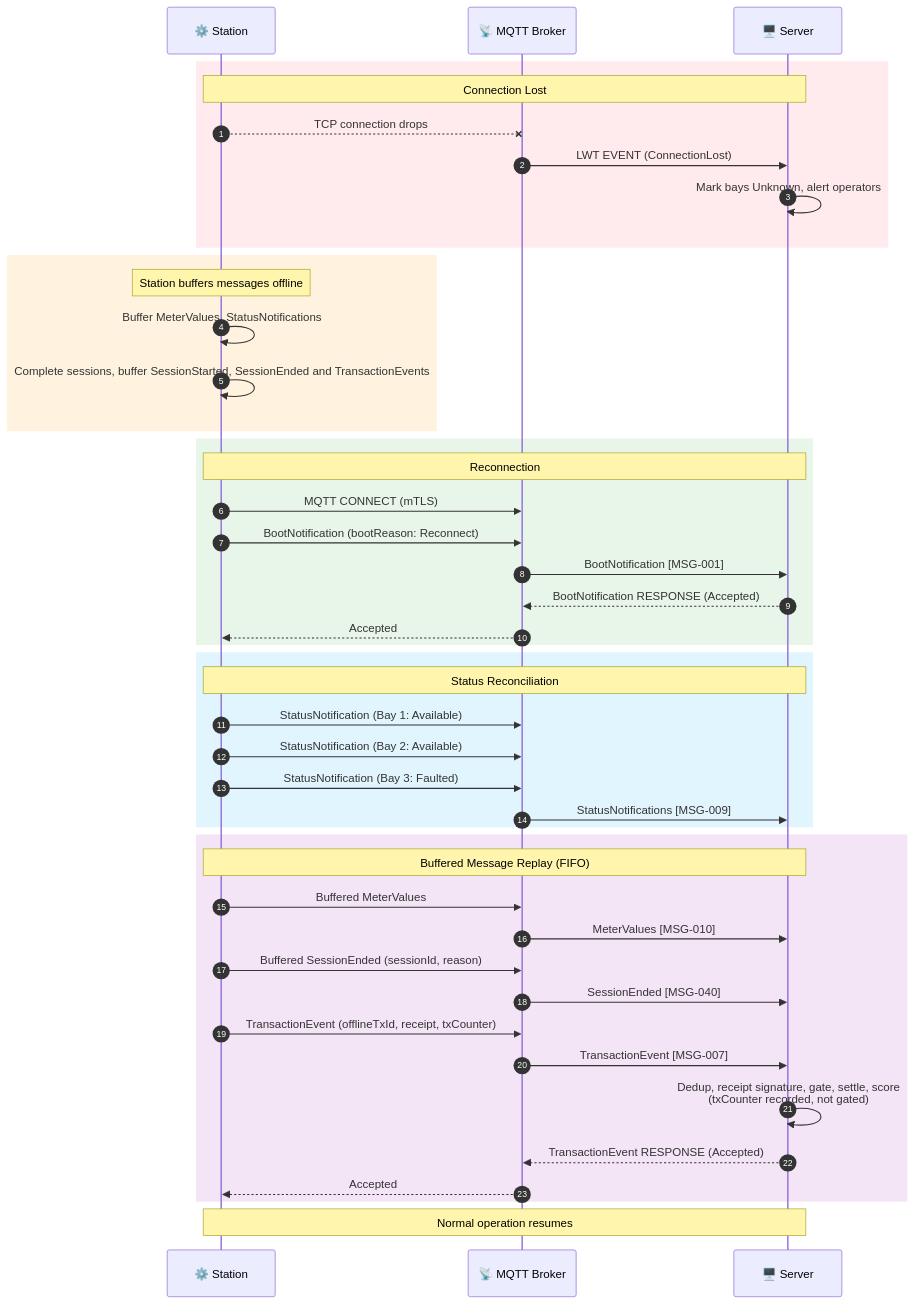
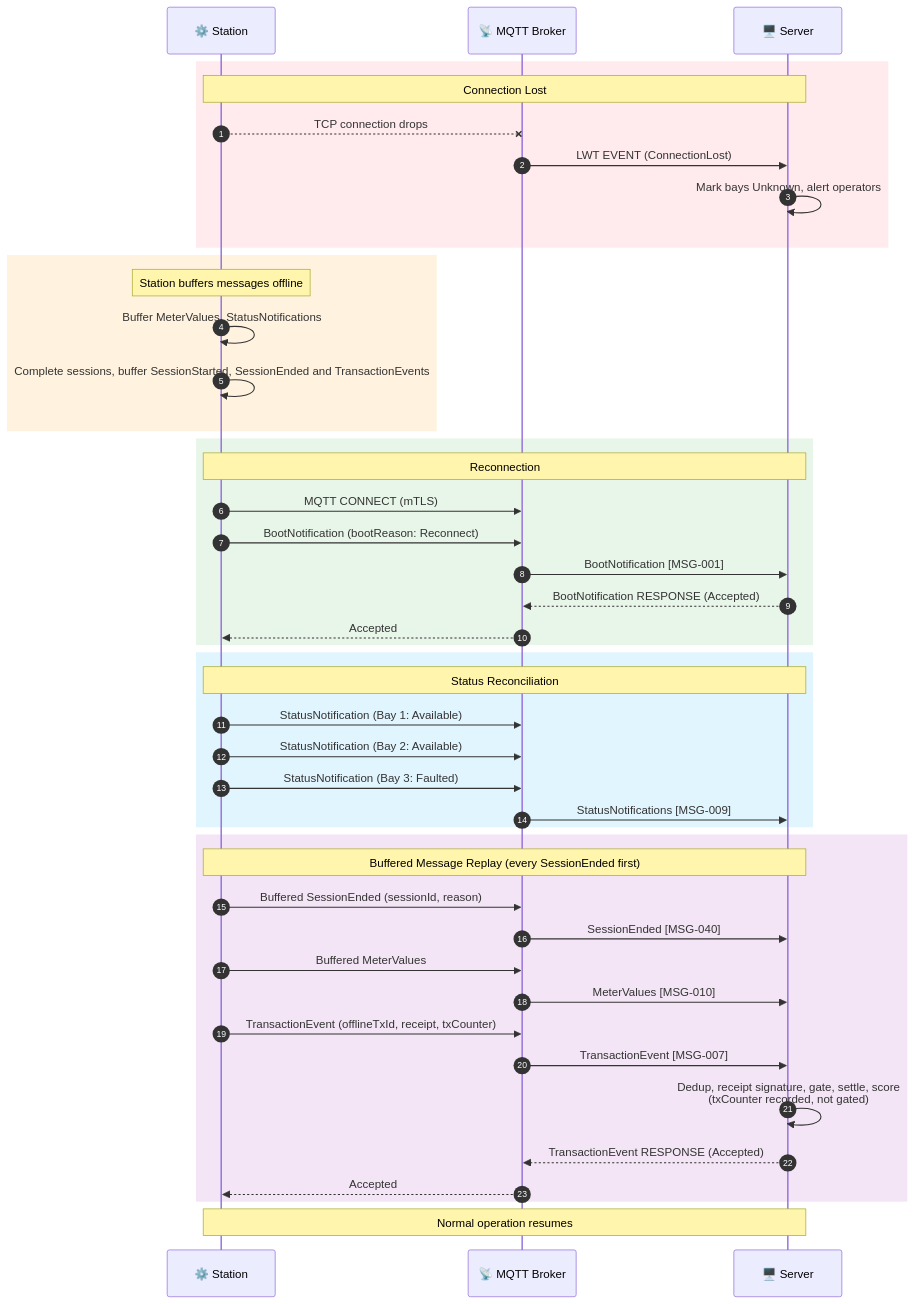
One commit to ospp-org/spec changed the seventh of 7 diagrams in diagrams/README.md. Above: the diagram before and after it, drawn with Mermaid. The commit also changed other lines of this file and 15 other files, not shown here.

````diff
--- a/diagrams/README.md
+++ b/diagrams/README.md
@@ -308,53 +308,53 @@
 ```mermaid
 sequenceDiagram
     autonumber
 
     participant Station as ⚙️ Station
     participant Broker as 📡 MQTT Broker
     participant Server as 🖥️ Server
 
     rect rgb(255, 235, 238)
         Note over Station,Server: Connection Lost
         Station--xBroker: TCP connection drops
         Broker->>Server: LWT EVENT (ConnectionLost)
         Server->>Server: Mark bays Unknown, alert operators
     end
 
     rect rgb(255, 243, 224)
         Note over Station: Station buffers messages offline
         Station->>Station: Buffer MeterValues, StatusNotifications
         Station->>Station: Complete sessions, buffer SessionStarted, SessionEnded and TransactionEvents
     end
 
     rect rgb(232, 245, 233)
         Note over Station,Server: Reconnection
         Station->>Broker: MQTT CONNECT (mTLS)
         Station->>Broker: BootNotification (bootReason: Reconnect)
         Broker->>Server: BootNotification [MSG-001]
         Server-->>Broker: BootNotification RESPONSE (Accepted)
         Broker-->>Station: Accepted
     end
 
     rect rgb(225, 245, 254)
         Note over Station,Server: Status Reconciliation
         Station->>Broker: StatusNotification (Bay 1: Available)
         Station->>Broker: StatusNotification (Bay 2: Available)
         Station->>Broker: StatusNotification (Bay 3: Faulted)
         Broker->>Server: StatusNotifications [MSG-009]
     end
 
     rect rgb(243, 229, 245)
-        Note over Station,Server: Buffered Message Replay (FIFO)
+        Note over Station,Server: Buffered Message Replay (every SessionEnded first)
+        Station->>Broker: Buffered SessionEnded (sessionId, reason)
+        Broker->>Server: SessionEnded [MSG-040]
         Station->>Broker: Buffered MeterValues
         Broker->>Server: MeterValues [MSG-010]
-        Station->>Broker: Buffered SessionEnded (sessionId, reason)
-        Broker->>Server: SessionEnded [MSG-040]
         Station->>Broker: TransactionEvent (offlineTxId, receipt, txCounter)
         Broker->>Server: TransactionEvent [MSG-007]
         Server->>Server: Dedup, receipt signature, gate, settle, score<br/>(txCounter recorded, not gated)
         Server-->>Broker: TransactionEvent RESPONSE (Accepted)
         Broker-->>Station: Accepted
     end
 
     Note over Station,Server: Normal operation resumes
 ```
````
